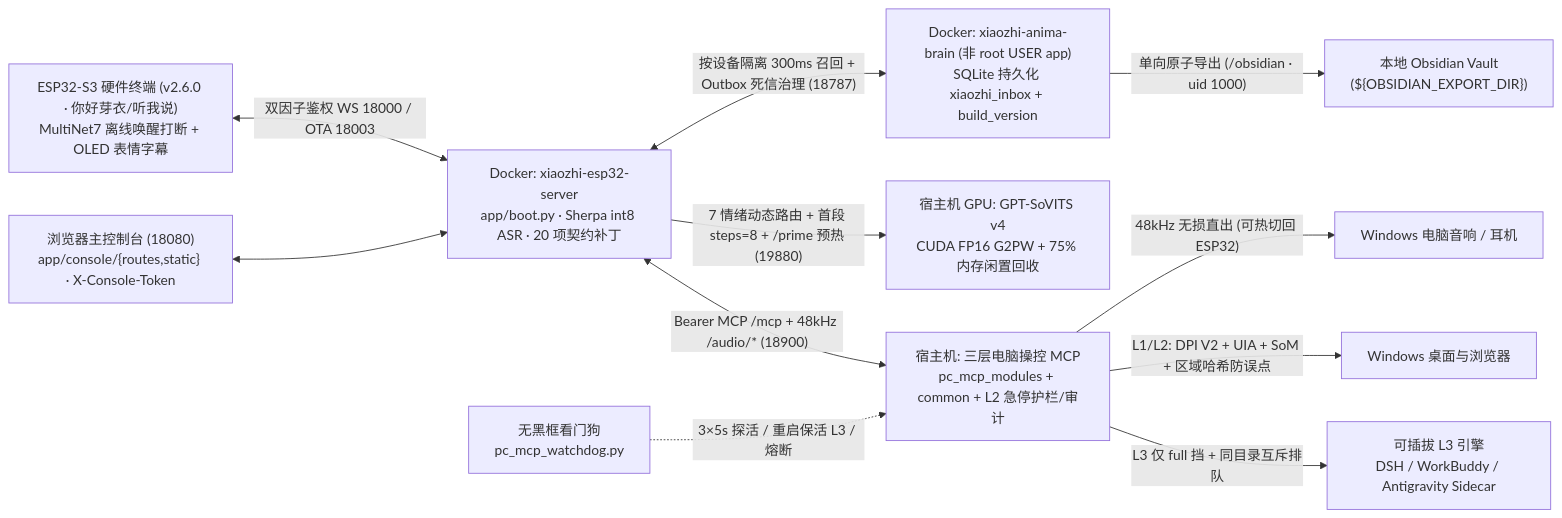
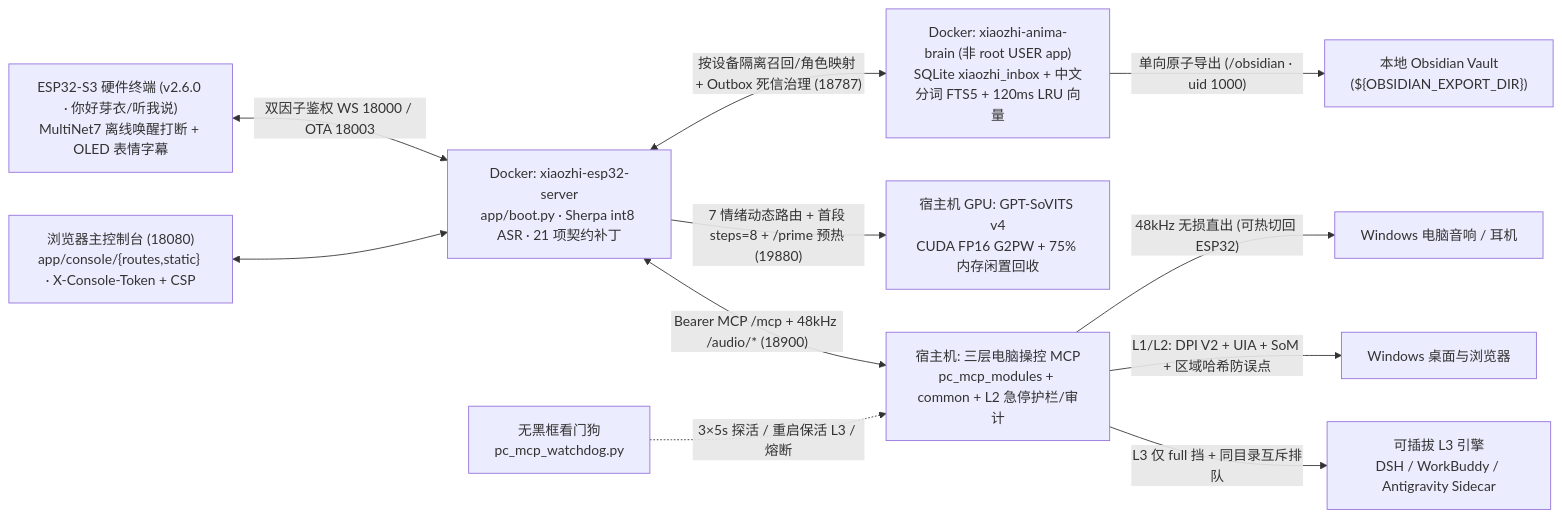
One commit to zou172866/xiaozhi-windows-pc-mcp changed the diagram in 项目交接与运维手册.md. Above: the diagram before and after it, drawn with Mermaid. The commit also changed other lines of this file and 80 other files, not shown here.

First line of the commit message:
feat(oobe,audio,anima): harden cross-PC distribution, 18080 ESP32 allowlist, cloud audio APIs & AutoDream reflection

````diff
--- a/项目交接与运维手册.md
+++ b/项目交接与运维手册.md
@@ -14,13 +14,13 @@
 ```mermaid
 flowchart LR
-    ESP["ESP32-S3 硬件终端 (v2.6.0 · 你好芽衣/听我说)<br/>MultiNet7 离线唤醒打断 + OLED 表情字幕"] <-->|"双因子鉴权 WS 18000 / OTA 18003"| XZ["Docker: xiaozhi-esp32-server<br/>app/boot.py · Sherpa int8 ASR · 20 项契约补丁"]
-    UI["浏览器主控制台 (18080)<br/>app/console/{routes,static} · X-Console-Token"] <--> XZ
-    XZ <-->|"按设备隔离 300ms 召回 + Outbox 死信治理 (18787)"| ANIMA["Docker: xiaozhi-anima-brain (非 root USER app)<br/>SQLite 持久化 xiaozhi_inbox + build_version"]
+    ESP["ESP32-S3 硬件终端 (v2.6.0 · 你好芽衣/听我说)<br/>MultiNet7 离线唤醒打断 + OLED 表情字幕"] <-->|"双因子鉴权 WS 18000 / OTA 18003"| XZ["Docker: xiaozhi-esp32-server<br/>app/boot.py · Sherpa int8 ASR · 21 项契约补丁"]
+    UI["浏览器主控制台 (18080)<br/>app/console/{routes,static} · X-Console-Token + CSP"] <--> XZ
+    XZ <-->|"按设备隔离召回/角色映射 + Outbox 死信治理 (18787)"| ANIMA["Docker: xiaozhi-anima-brain (非 root USER app)<br/>SQLite xiaozhi_inbox + 中文分词 FTS5 + 120ms LRU 向量"]
     ANIMA -->|"单向原子导出 (/obsidian · uid 1000)"| OBS["本地 Obsidian Vault<br/>(${OBSIDIAN_EXPORT_DIR})"]
     XZ -->|"7 情绪动态路由 + 首段 steps=8 + /prime 预热 (19880)"| GSV["宿主机 GPU: GPT-SoVITS v4<br/>CUDA FP16 G2PW + 75% 内存闲置回收"]
     XZ <-->|"Bearer MCP /mcp + 48kHz /audio/* (18900)"| MCP["宿主机: 三层电脑操控 MCP<br/>pc_mcp_modules + common + L2 急停护栏/审计"]
     WD["无黑框看门狗<br/>pc_mcp_watchdog.py"] -.->|"3×5s 探活 / 重启保活 L3 / 熔断"| MCP
     MCP -->|"48kHz 无损直出 (可热切回 ESP32)"| SPK["Windows 电脑音响 / 耳机"]
     MCP -->|"L1/L2: DPI V2 + UIA + SoM + 区域哈希防误点"| WIN["Windows 桌面与浏览器"]
     MCP -->|"L3 仅 full 挡 + 同目录互斥排队"| L3["可插拔 L3 引擎<br/>DSH / WorkBuddy / Antigravity Sidecar"]
 ```
````
